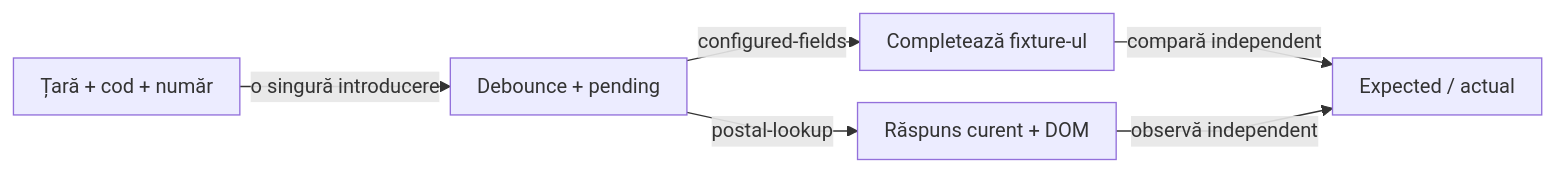
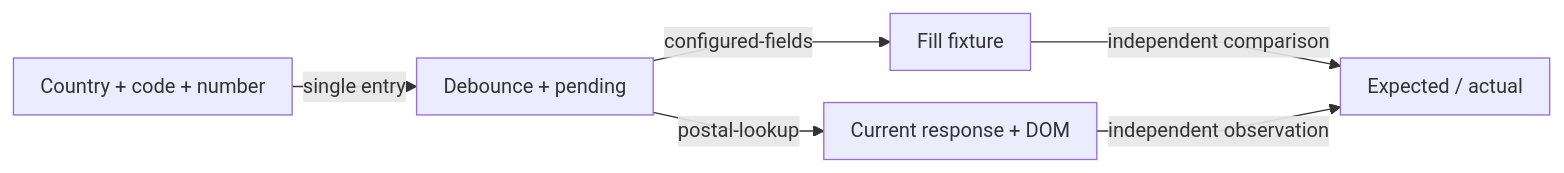
One commit to crististefanita/atf_j0 changed the eighth of 13 diagrams in atf-test-practice-shop/README.md. Above: the diagram before and after it, drawn with Mermaid. The commit also changed other lines of this file and 113 other files, not shown here.

````diff
--- a/atf-test-practice-shop/README.md
+++ b/atf-test-practice-shop/README.md
@@ -868,9 +970,9 @@
 ```mermaid
 %%{init: {"themeVariables":{"fontSize":"15px"},"themeCSS":".nodeLabel, .nodeLabel p { font-size: 15px !important; line-height: 1.35 !important; } .edgeLabel, .edgeLabel p { font-size: 12px !important; font-weight: 400 !important; line-height: 1.2 !important; } .edgeLabel .labelBkg, .edgeLabel p { background: transparent !important; } .edgeLabel foreignObject { transform: translateY(-18px); overflow: visible; } .node rect { rx: 6px; ry: 6px; }","flowchart":{"curve":"linear","nodeSpacing":24,"rankSpacing":16,"padding":10,"diagramPadding":16}}}%%
 flowchart LR
-    Inputs["Țară + cod + număr"] -->|o singură introducere| Settle["Debounce + pending"]
-    Settle -->|configured-fields| Fill["Completează fixture-ul"]
-    Settle -->|postal-lookup| Read["Răspuns curent + DOM"]
-    Fill -->|compară independent| Audit["Expected / actual"]
-    Read -->|observă independent| Audit
+    Inputs["Country + code + number"] -->|single entry| Settle["Debounce + pending"]
+    Settle -->|configured-fields| Fill["Fill fixture"]
+    Settle -->|postal-lookup| Read["Current response + DOM"]
+    Fill -->|independent comparison| Audit["Expected / actual"]
+    Read -->|independent observation| Audit
 ```
````
